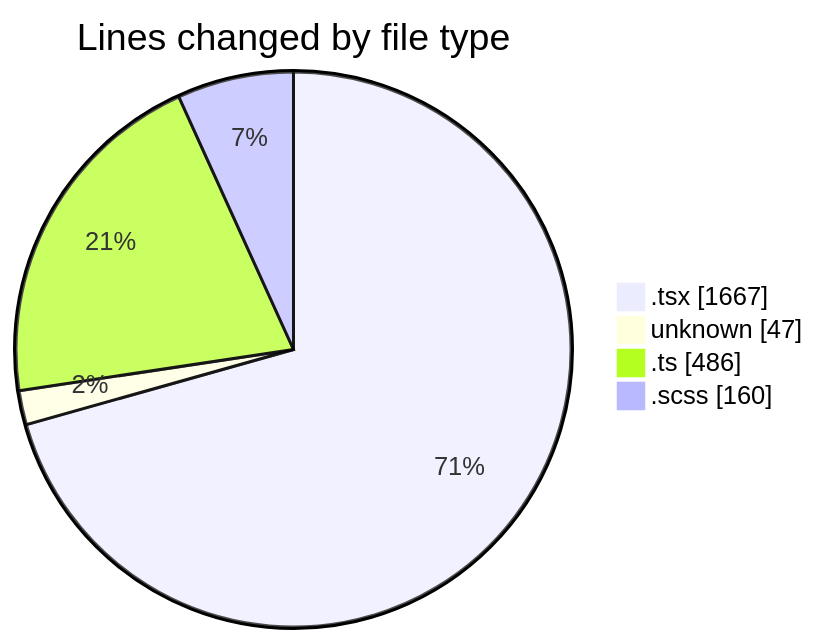
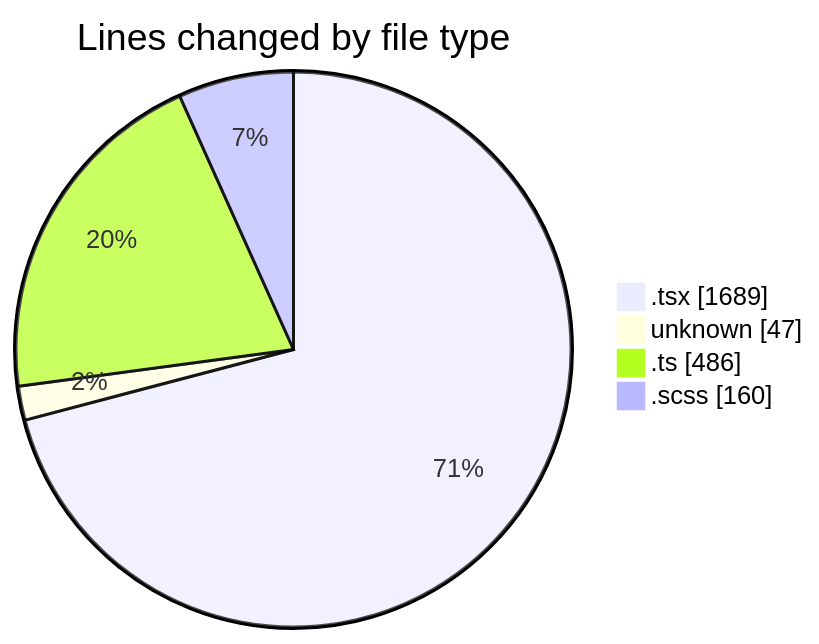
One commit to momahboobian/code-tracking changed the first of 2 diagrams in 2025-09-18/cda/README.md. Above: the diagram before and after it, drawn with Mermaid. The commit also changed other lines of this file and 1 other file, not shown here.

````diff
--- a/2025-09-18/cda/README.md
+++ b/2025-09-18/cda/README.md
@@ -25,8 +25,8 @@
 ```mermaid
 pie showData
 title Lines changed by file type
-".tsx" : 1667
+".tsx" : 1689
 "unknown" : 47
 ".ts" : 486
 ".scss" : 160
 ```
````
